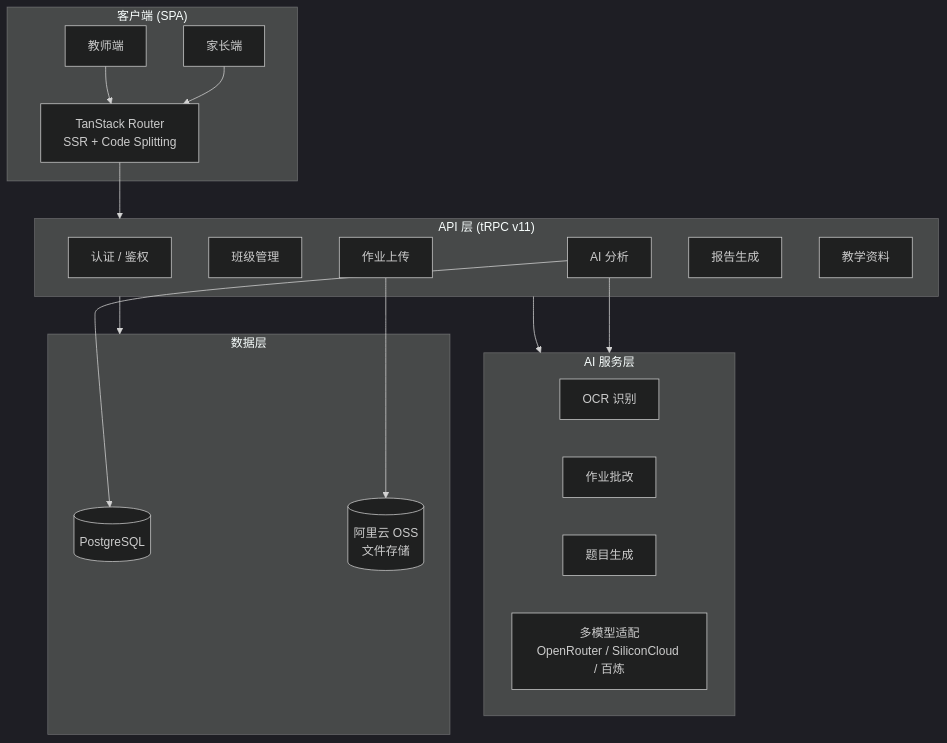
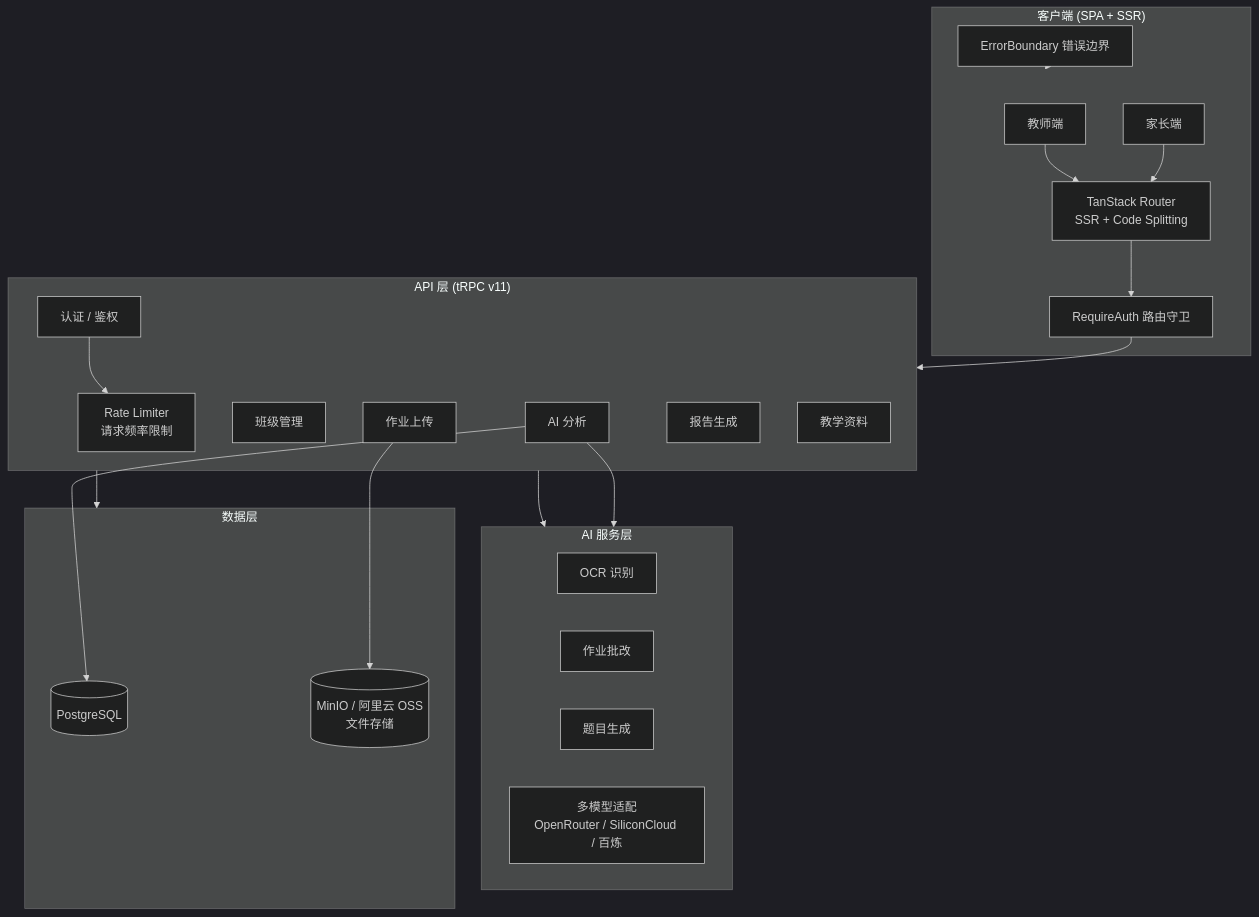
Before and after one commit to jjjojoj/TeachAI2.0: the first of 2 diagrams in README.md, drawn with Mermaid (dark theme). The commit also changed other lines of this file, not shown here.

Commit message:
docs: rewrite README for 智评 EduReview with architecture diagram and component table

````diff
--- a/README.md
+++ b/README.md
@@ -94,38 +138,44 @@
 ```mermaid
 flowchart TB
-    subgraph Client["客户端 (SPA)"]
+    subgraph Client["客户端 (SPA + SSR)"]
         Teacher["教师端"]
         Parent["家长端"]
         Router["TanStack Router<br/>SSR + Code Splitting"]
+        Guard["RequireAuth 路由守卫"]
+        Error["ErrorBoundary 错误边界"]
     end
 
     subgraph API["API 层 (tRPC v11)"]
+        RateLimit["Rate Limiter<br/>请求频率限制"]
         Auth["认证 / 鉴权"]
         ClassMgmt["班级管理"]
         Upload["作业上传"]
         Analysis["AI 分析"]
         Report["报告生成"]
         Material["教学资料"]
     end
 
     subgraph AI["AI 服务层"]
         OCR["OCR 识别"]
         Grading["作业批改"]
         QuestionGen["题目生成"]
         MultiModel["多模型适配<br/>OpenRouter / SiliconCloud / 百炼"]
     end
 
     subgraph Data["数据层"]
         PG[("PostgreSQL")]
-        OSS[("阿里云 OSS<br/>文件存储")]
+        OSS[("MinIO / 阿里云 OSS<br/>文件存储")]
     end
 
     Teacher --> Router
     Parent --> Router
-    Router --> API
+    Router --> Guard
+    Guard --> API
+    Error -.-> Client
+    Auth --> RateLimit
     API --> AI
     API --> Data
     Upload --> OSS
     Analysis --> AI
     Analysis --> PG
 ```
````
